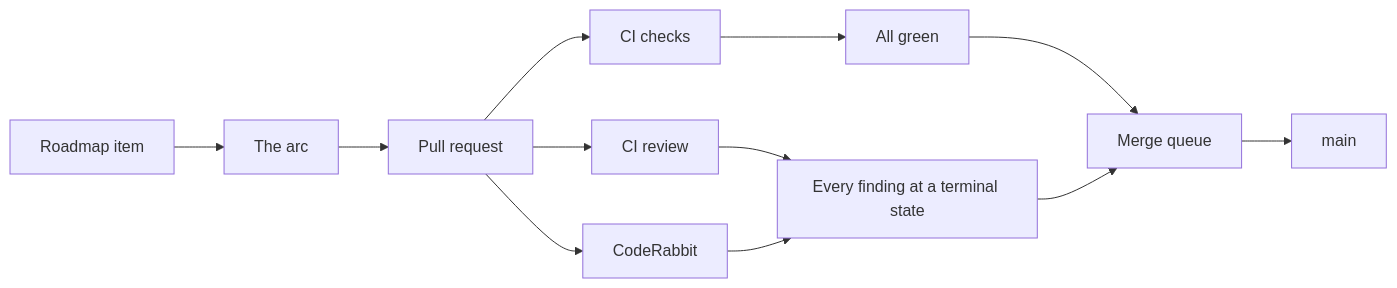
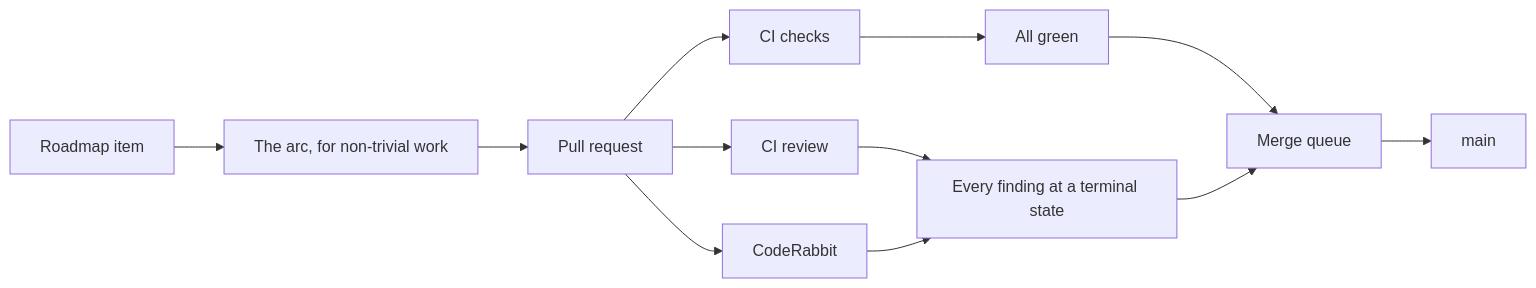
One commit to pixtuoid/pixtuoid changed the diagram in docs/HOW-WE-BUILD.md. Above: the diagram before and after it, drawn with Mermaid. The commit also changed other lines of this file, not shown here.

````diff
--- a/docs/HOW-WE-BUILD.md
+++ b/docs/HOW-WE-BUILD.md
@@ -38,11 +35,11 @@
 ```mermaid
 flowchart LR
   accTitle: A change's path to main
-  accDescr: A Roadmap item goes through the arc to a pull request; its checks must pass and every review finding must reach a terminal state before the merge queue lands it on main.
-  P[Roadmap item] --> A[The arc] --> PR[Pull request]
+  accDescr: A Roadmap item goes, through the arc when the work is non-trivial, to a pull request; its checks must pass and every review finding must reach a terminal state before the merge queue lands it on main.
+  P[Roadmap item] --> A[The arc, for non-trivial work] --> PR[Pull request]
   PR --> C[CI checks] --> G[All green]
   PR --> R[CI review] --> T[Every finding at a terminal state]
   PR --> CR[CodeRabbit] --> T
   G --> Q[Merge queue]
   T --> Q --> M[main]
 ```
````
